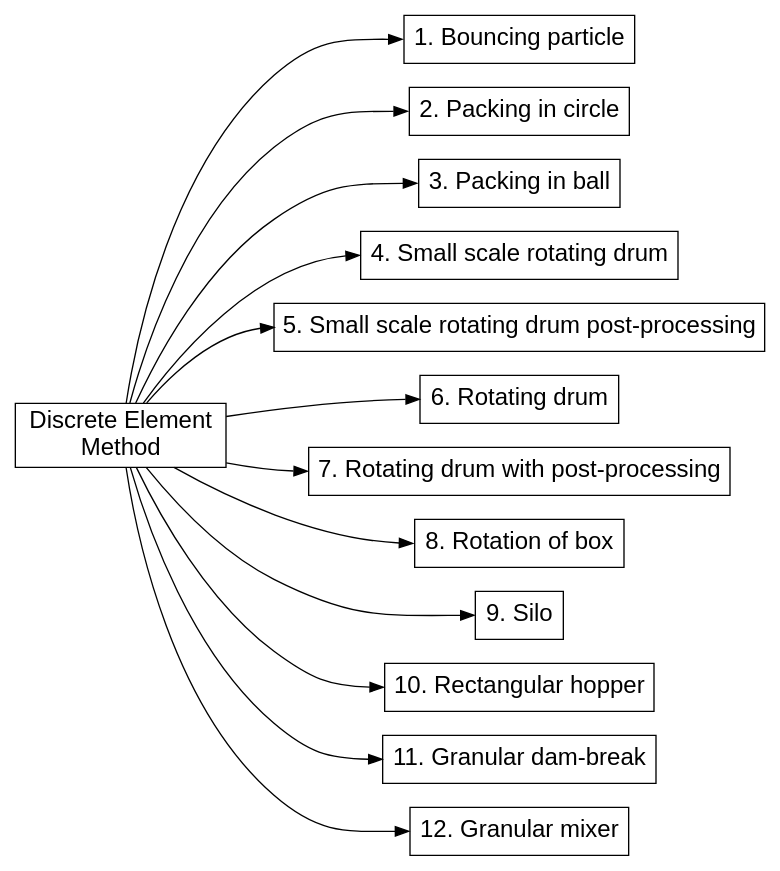
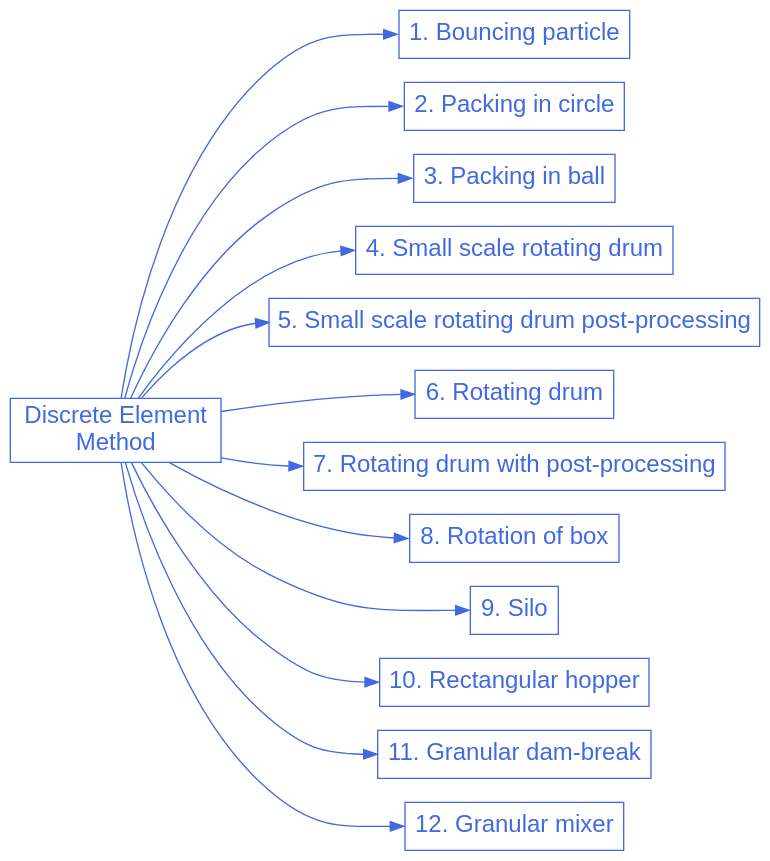
The diagram in doc/source/examples/dem/dem.rst (chaos-polymtl/lethe), drawn with Graphviz before and after one commit. The commit also changed 5 other files, not shown here.

```diff
--- a/doc/source/examples/dem/dem.rst
+++ b/doc/source/examples/dem/dem.rst
@@ -27,50 +27,48 @@
 .. graphviz:: 
 
     digraph dem_diagram {
-      graph [align=true];
-      node [fontname=Arial, fontsize=18, shape=box];
-      center=true;
-      fontname="Comic Sans MS";
-      fontsize = "20";
+      graph [bgcolor="transparent", align=true];
+      node [fontname=Arial, fontsize=18, shape=box, fontcolor=royalblue, color=royalblue];
+      edge [color=royalblue];
       rankdir="LR";
       size = "9,9";
       
       dem [label="Discrete Element \nMethod", href="https://lethe-cfd.github.io/lethe/examples/dem/dem.html"];
 
-      dem_1 [label="1. Bouncing particle", color=black, href="https://lethe-cfd.github.io/lethe/examples/dem/bouncing-particle/bouncing-particle.html"]; 
+      dem_1 [label="1. Bouncing particle", href="https://lethe-cfd.github.io/lethe/examples/dem/bouncing-particle/bouncing-particle.html"]; 
 
-      dem_2 [label="2. Packing in circle", color=black, href="https://lethe-cfd.github.io/lethe/examples/dem/packing-in-circle/packing-in-circle.html"]; 
+      dem_2 [label="2. Packing in circle", href="https://lethe-cfd.github.io/lethe/examples/dem/packing-in-circle/packing-in-circle.html"]; 
 
-      dem_3 [label="3. Packing in ball", color=black, href="https://lethe-cfd.github.io/lethe/examples/dem/packing-in-ball/packing-in-ball.html"]; 
+      dem_3 [label="3. Packing in ball", href="https://lethe-cfd.github.io/lethe/examples/dem/packing-in-ball/packing-in-ball.html"]; 
 
-      dem_4 [label="4. Small scale rotating drum", color=black, href="https://lethe-cfd.github.io/lethe/examples/dem/small-scale-rotating-drum/small-scale-rotating-drum.html"]; 
+      dem_4 [label="4. Small scale rotating drum", href="https://lethe-cfd.github.io/lethe/examples/dem/small-scale-rotating-drum/small-scale-rotating-drum.html"]; 
     
-      dem_5 [label="5. Small scale rotating drum post-processing", color=black, href="https://lethe-cfd.github.io/lethe/examples/dem/small-scale-rotating-drum-post-processing/small-scale-rotating-drum-post-processing.html"]; 
+      dem_5 [label="5. Small scale rotating drum post-processing", href="https://lethe-cfd.github.io/lethe/examples/dem/small-scale-rotating-drum-post-processing/small-scale-rotating-drum-post-processing.html"]; 
 
-      dem_6 [label="6. Rotating drum", color=black, href="https://lethe-cfd.github.io/lethe/examples/dem/rotating-drum/rotating-drum.html"]; 
+      dem_6 [label="6. Rotating drum", href="https://lethe-cfd.github.io/lethe/examples/dem/rotating-drum/rotating-drum.html"]; 
 
-      dem_7 [label="7. Rotating drum with post-processing", color=black, href="https://lethe-cfd.github.io/lethe/examples/dem/rotating-drum-with-post-processing/rotating-drum-with-post-processing.html"]; 
+      dem_7 [label="7. Rotating drum with post-processing", href="https://lethe-cfd.github.io/lethe/examples/dem/rotating-drum-with-post-processing/rotating-drum-with-post-processing.html"]; 
 
-      dem_8 [label="8. Rotation of box", color=black, href="https://lethe-cfd.github.io/lethe/examples/dem/rotation-of-box/rotation-of-box.html"]; 
+      dem_8 [label="8. Rotation of box", href="https://lethe-cfd.github.io/lethe/examples/dem/rotation-of-box/rotation-of-box.html"]; 
 
-      dem_9 [label="9. Silo", color=black, href="https://lethe-cfd.github.io/lethe/examples/dem/silo/silo.html"]; 
+      dem_9 [label="9. Silo", href="https://lethe-cfd.github.io/lethe/examples/dem/silo/silo.html"]; 
 
-      dem_10 [label="10. Rectangular hopper", color=black, href="https://lethe-cfd.github.io/lethe/examples/dem/rectangular-hopper/rectangular-hopper.html"]; 
+      dem_10 [label="10. Rectangular hopper", href="https://lethe-cfd.github.io/lethe/examples/dem/rectangular-hopper/rectangular-hopper.html"]; 
 
-      dem_11 [label="11. Granular dam-break", color=black, href="https://lethe-cfd.github.io/lethe/examples/dem/granular-dam-break/granular-dam-break.html"]; 
+      dem_11 [label="11. Granular dam-break", href="https://lethe-cfd.github.io/lethe/examples/dem/granular-dam-break/granular-dam-break.html"]; 
 
-      dem_12 [label="12. Granular mixer", color=black, href="https://lethe-cfd.github.io/lethe/examples/dem/granular-mixer/granular-mixer.html"]; 
+      dem_12 [label="12. Granular mixer", href="https://lethe-cfd.github.io/lethe/examples/dem/granular-mixer/granular-mixer.html"]; 
 
       dem -> dem_1:w;
       dem -> dem_2:w;
       dem -> dem_3:w;
       dem -> dem_4:w;
       dem -> dem_5:w;
       dem -> dem_6:w;
       dem -> dem_7:w;
       dem -> dem_8:w;
       dem -> dem_9:w;
       dem -> dem_10:w;
       dem -> dem_11:w;
       dem -> dem_12:w;
     }
```
